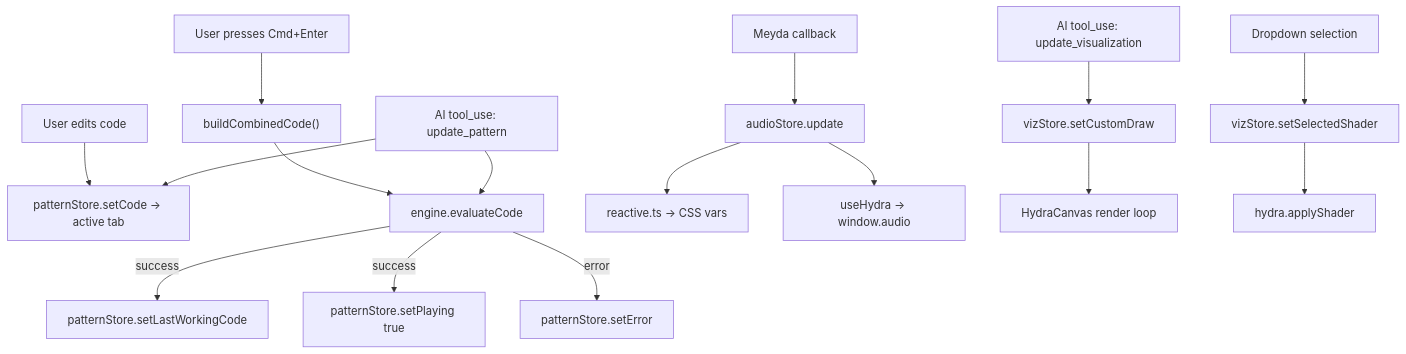
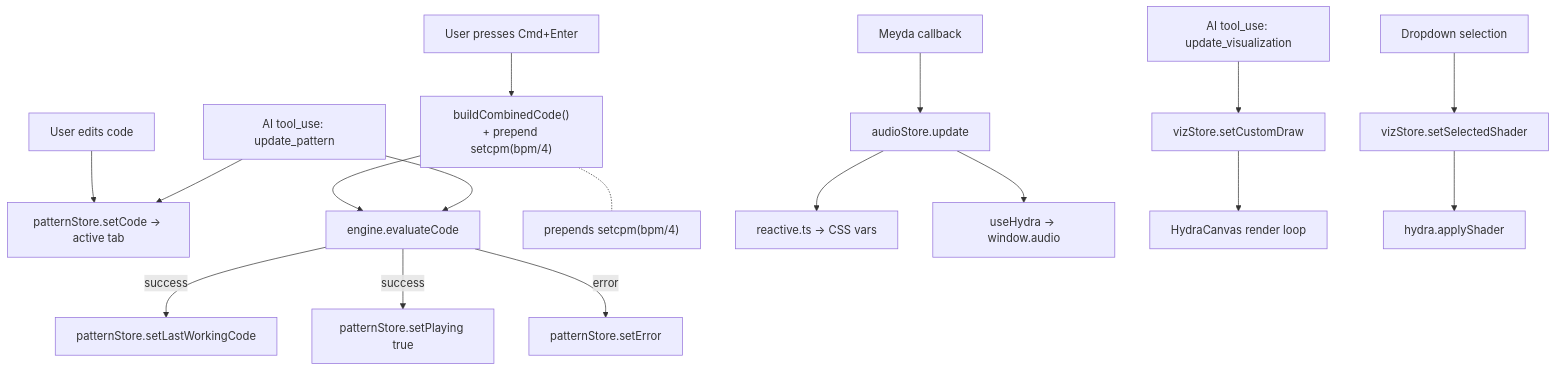
Before and after one commit to weathermachine/EuroHack: the fifth of 21 diagrams in docs/how-it-works.md, drawn with Mermaid. The commit also changed other lines of this file and 4 other files, not shown here.

````diff
--- a/docs/how-it-works.md
+++ b/docs/how-it-works.md
@@ -241,22 +242,23 @@
 ```mermaid
 flowchart TD
     USER_EDIT[User edits code] --> PS_CODE[patternStore.setCode → active tab]
-    CMD_ENTER[User presses Cmd+Enter] --> BUILD_COMBINED["buildCombinedCode()"]
+    CMD_ENTER[User presses Cmd+Enter] --> BUILD_COMBINED["buildCombinedCode()<br/>+ prepend setcpm(bpm/4)"]
     BUILD_COMBINED --> EVAL[engine.evaluateCode]
+    BUILD_COMBINED -.- BPM_NOTE["prepends setcpm(bpm/4)"]
     EVAL -->|success| PS_LWC[patternStore.setLastWorkingCode]
     EVAL -->|success| PS_PLAY[patternStore.setPlaying true]
     EVAL -->|error| PS_ERR[patternStore.setError]
 
     AI_TOOL[AI tool_use: update_pattern] --> PS_CODE
     AI_TOOL --> EVAL
 
     MEYDA[Meyda callback] --> AS_UPDATE[audioStore.update]
     AS_UPDATE --> REACTIVE_CSS["reactive.ts → CSS vars"]
     AS_UPDATE --> HYDRA_BRIDGE["useHydra → window.audio"]
 
     AI_VIZ[AI tool_use: update_visualization] --> VS_DRAW[vizStore.setCustomDraw]
     VS_DRAW --> VIZ_RENDER[HydraCanvas render loop]
 
     SHADER_SELECT[Dropdown selection] --> VS_SHADER[vizStore.setSelectedShader]
     VS_SHADER --> HYDRA_APPLY[hydra.applyShader]
 ```
````
